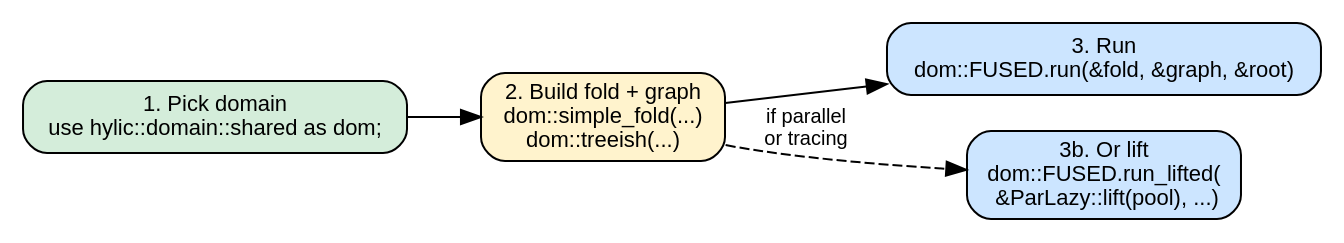
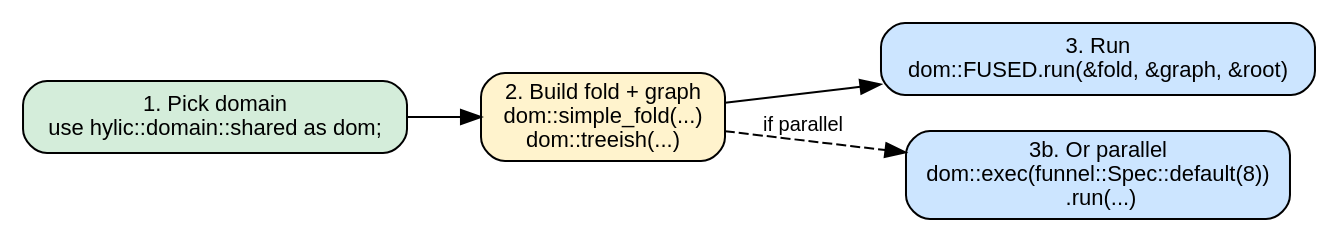
Before and after one commit to hylic-recursion/hylic-docs: the third of 3 diagrams in book/src/guides/concept_map.md, drawn with Graphviz. The commit also changed other lines of this file and 57 other files, not shown here.

````diff
--- a/book/src/guides/concept_map.md
+++ b/book/src/guides/concept_map.md
@@ -132,15 +123,15 @@
 ```dot process
 digraph {
     rankdir=LR;
     node [shape=box, style="rounded,filled", fillcolor="#f5f5f5", fontname="sans-serif", fontsize=11];
     edge [fontname="sans-serif", fontsize=10];
 
     pick [label="1. Pick domain\nuse hylic::domain::shared as dom;", fillcolor="#d4edda"];
     build [label="2. Build fold + graph\ndom::simple_fold(...)\ndom::treeish(...)", fillcolor="#fff3cd"];
     run [label="3. Run\ndom::FUSED.run(&fold, &graph, &root)", fillcolor="#cce5ff"];
-    lift [label="3b. Or lift\ndom::FUSED.run_lifted(\n  &ParLazy::lift(pool), ...)", fillcolor="#cce5ff"];
+    par [label="3b. Or parallel\ndom::exec(funnel::Spec::default(8))\n  .run(...)", fillcolor="#cce5ff"];
 
     pick -> build -> run;
-    build -> lift [style=dashed, label="if parallel\nor tracing"];
+    build -> par [style=dashed, label="if parallel"];
 }
 ```
````
